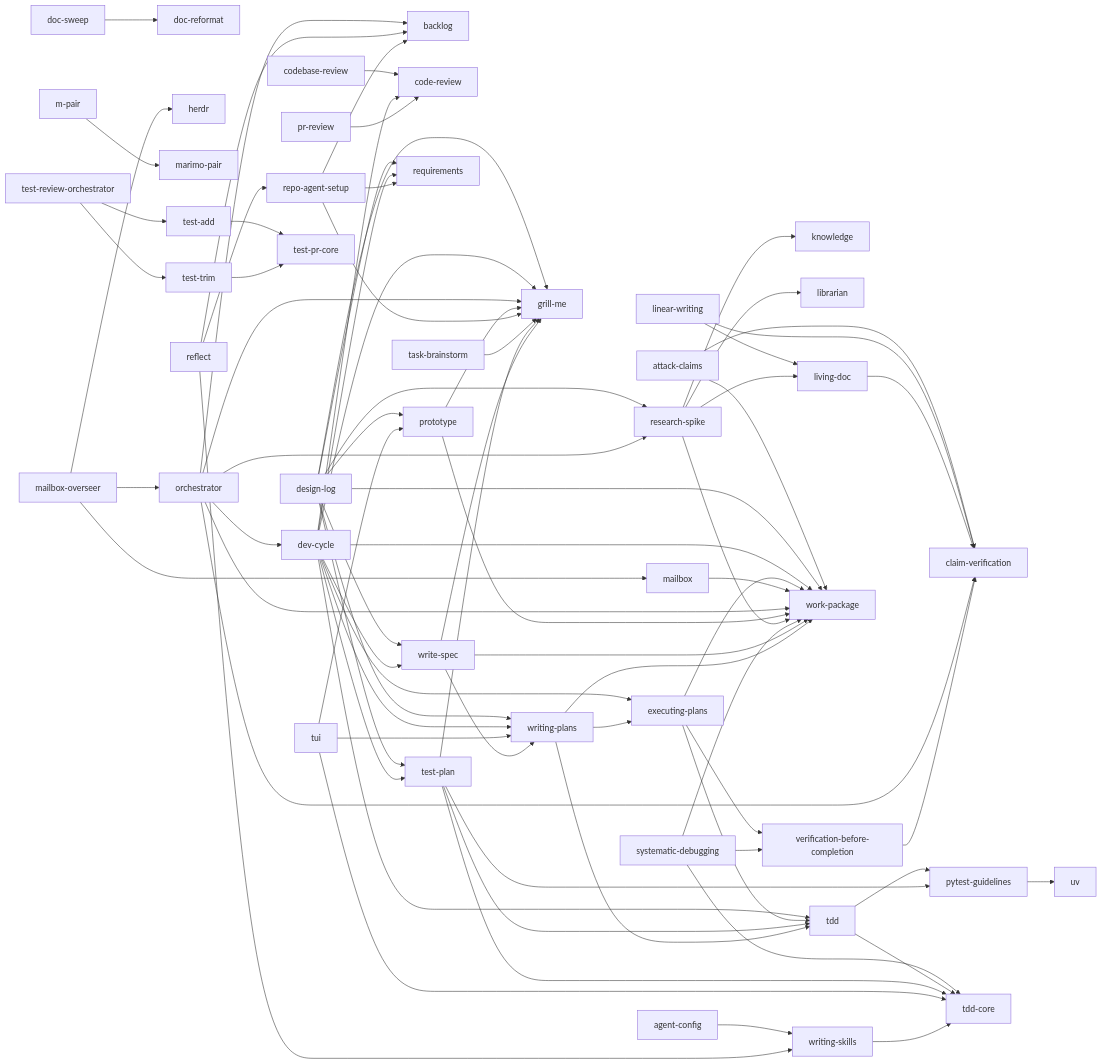
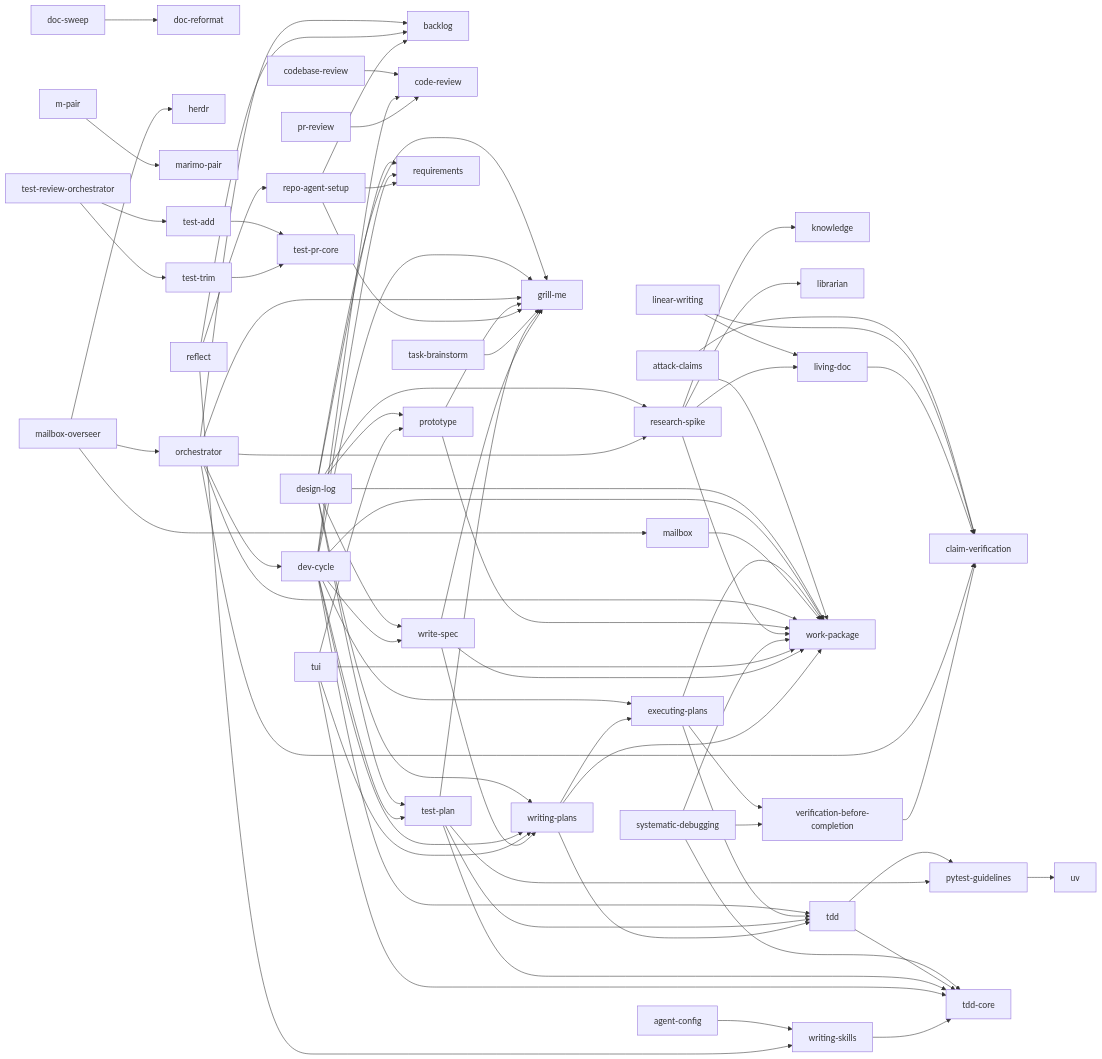
One commit to Haydeni0/agent-config changed the diagram in README.md. Above: the diagram before and after it, drawn with Mermaid. The commit also changed 3 other files, not shown here.

```diff
--- a/README.md
+++ b/README.md
@@ -315,6 +315,7 @@
     tui --> prototype
     tui --> tdd_core
     tui --> writing_plans
+    tui --> work_package
     verification_before_completion --> claim_verification
     write_spec --> grill_me
     write_spec --> writing_plans
```
